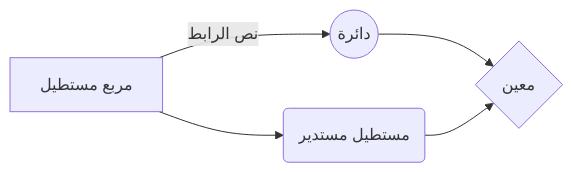
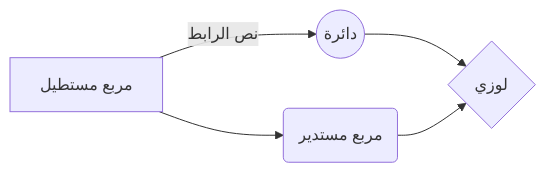
The second of 5 diagrams in docs/ar/MkDocs测试实验室.md (linyuxuanlin/Wiki_MkDocs), drawn with Mermaid before and after one commit. The commit also changed other lines of this file and 31 other files, not shown here.

````diff
--- a/docs/ar/MkDocs测试实验室.md
+++ b/docs/ar/MkDocs测试实验室.md
@@ -16,7 +16,7 @@
 ```mermaid
 graph LR
     A[مربع مستطيل] -- نص الرابط --> B((دائرة))
-    A --> C(مستطيل مستدير)
-    B --> D{معين}
+    A --> C(مربع مستدير)
+    B --> D{لوزي}
     C --> D
 ```
````
